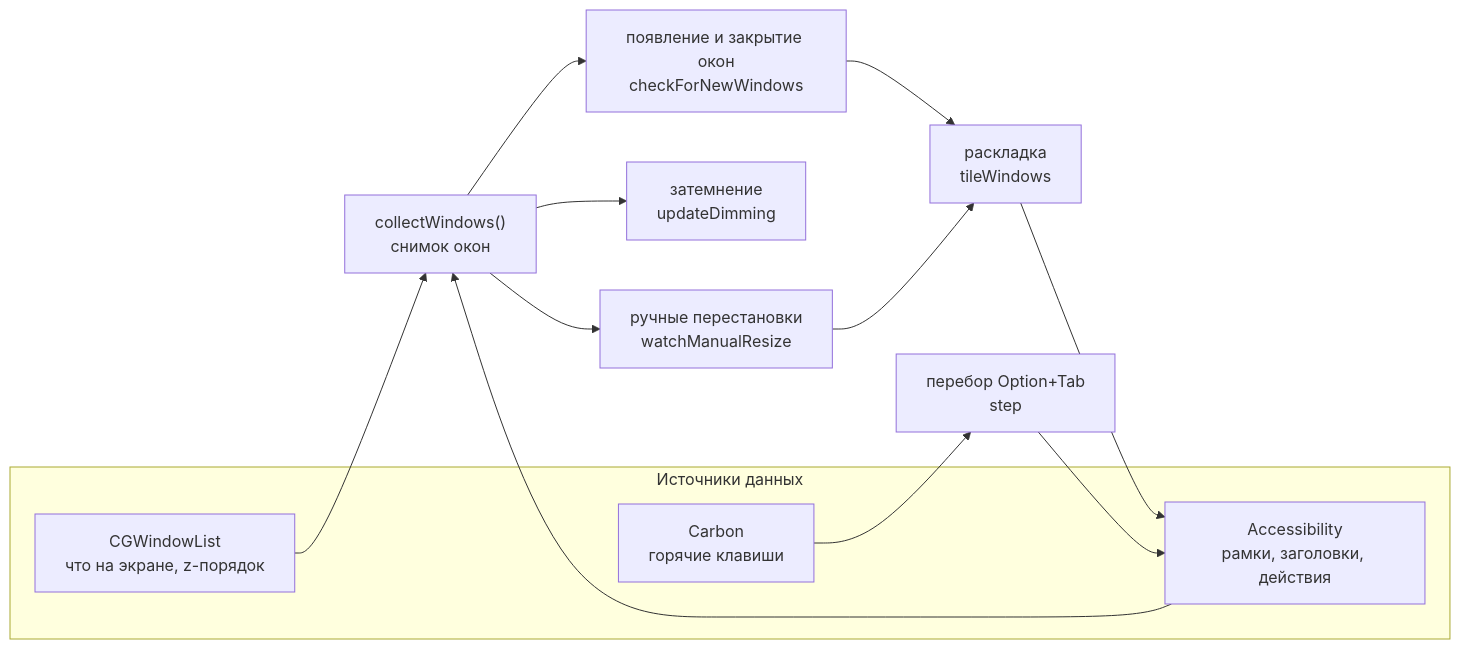
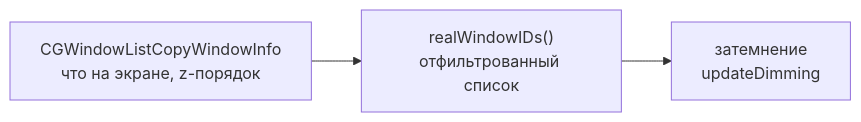
The diagram in DESIGN.md (asmithdots-debug/wincycle), drawn with Mermaid before and after one commit. The commit also changed other lines of this file and 3 other files, not shown here.

First line of the commit message:
Strip WinCycle down to just inactive-window dimming

````diff
--- a/DESIGN.md
+++ b/DESIGN.md
@@ -13,21 +15,5 @@
 ```mermaid
 flowchart LR
-    subgraph src [Источники данных]
-        CG["CGWindowList<br/>что на экране, z-порядок"]
-        AX["Accessibility<br/>рамки, заголовки, действия"]
-        HK["Carbon<br/>горячие клавиши"]
-    end
-
-    CG --> S["collectWindows()<br/>снимок окон"]
-    AX --> S
-
-    S --> DIM["затемнение<br/>updateDimming"]
-    S --> NEW["появление и закрытие окон<br/>checkForNewWindows"]
-    S --> MAN["ручные перестановки<br/>watchManualResize"]
-    HK --> CYC["перебор Option+Tab<br/>step"]
-
-    NEW --> TILE["раскладка<br/>tileWindows"]
-    MAN --> TILE
-    TILE --> AX
-    CYC --> AX
+    CG["CGWindowListCopyWindowInfo<br/>что на экране, z-порядок"] --> R["realWindowIDs()<br/>отфильтрованный список"]
+    R --> DIM["затемнение<br/>updateDimming"]
 ```
````
